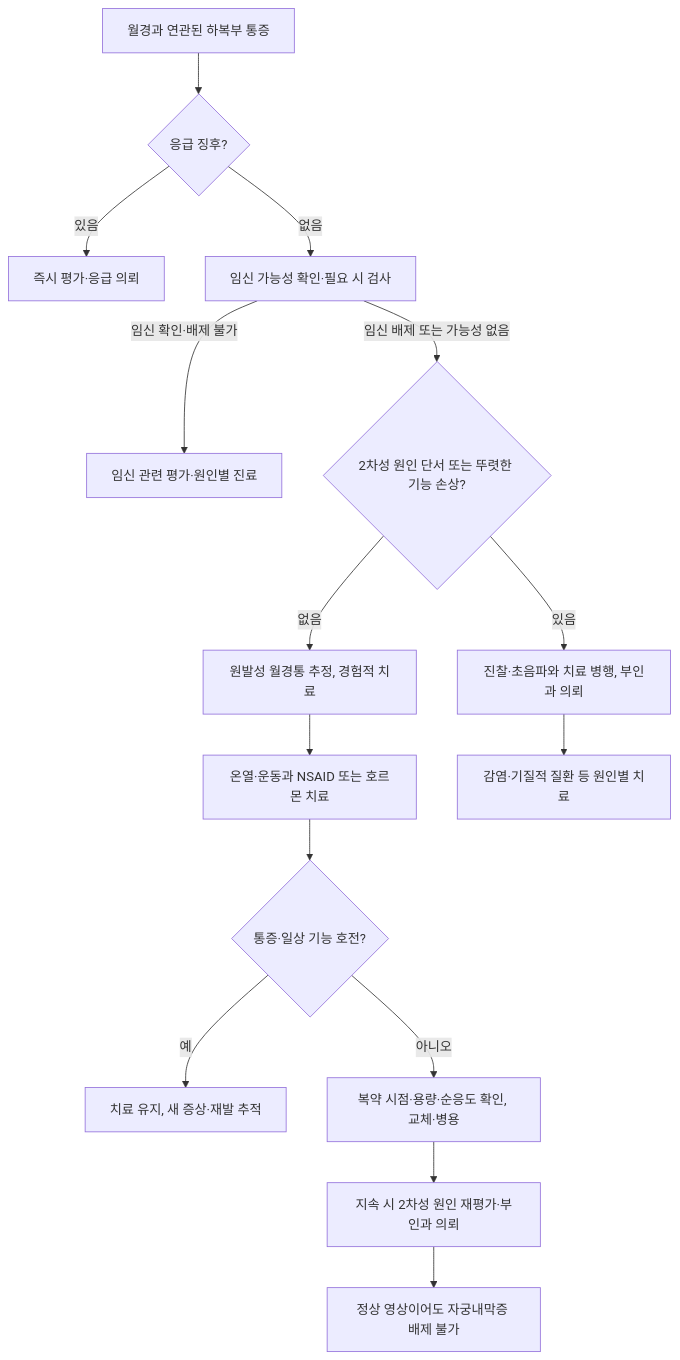
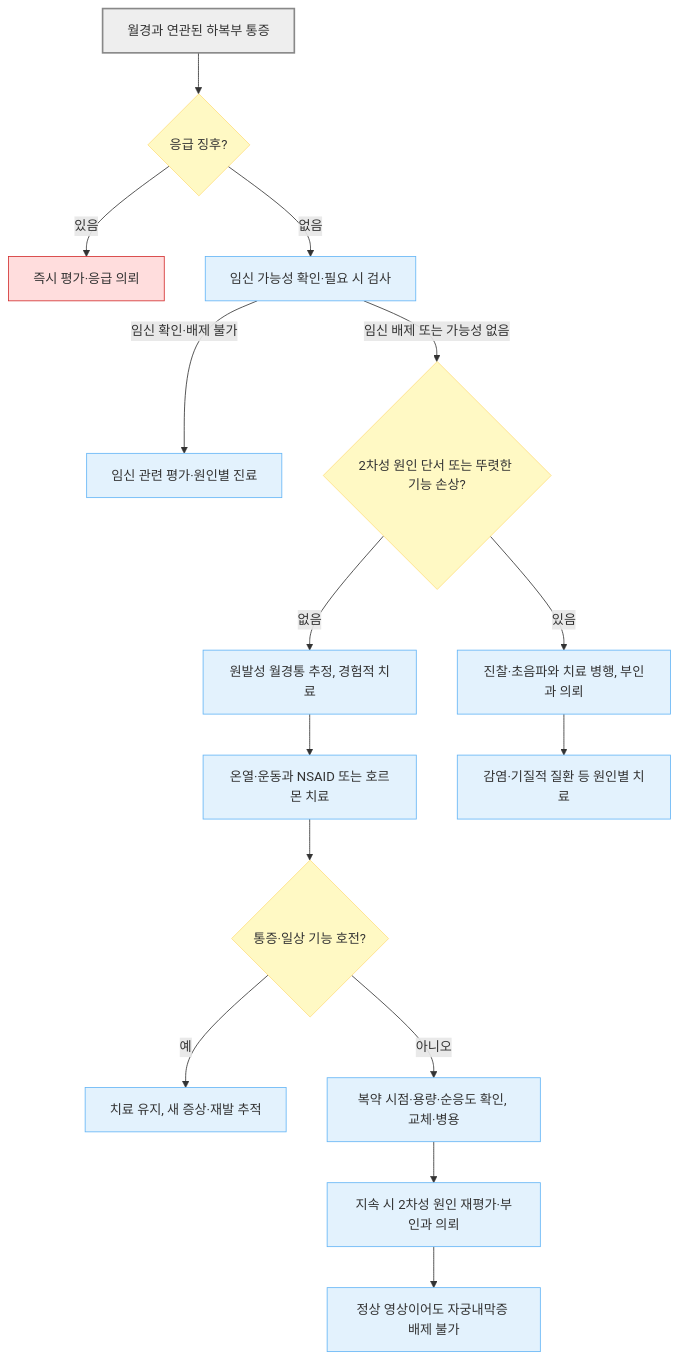
Before and after one commit to familyoh77/familyoh77: the diagram in 227_/128_-dysmenorrhea.md, drawn with Mermaid. The commit also changed other lines of this file and 10 other files, not shown here.

````diff
--- a/227_/128_-dysmenorrhea.md
+++ b/227_/128_-dysmenorrhea.md
@@ -113,17 +113,25 @@
 ```mermaid
 graph TD
     A["월경과 연관된 하복부 통증"] --> B{"응급 징후?"}
-    B -->|있음| C["즉시 평가·응급 의뢰"]
-    B -->|없음| D["임신 가능성 확인·필요 시 검사"]
-    D -->|임신 확인·배제 불가| I["임신 관련 평가·원인별 진료"]
-    D -->|임신 배제 또는 가능성 없음| E{"2차성 원인 단서 또는 뚜렷한 기능 손상?"}
-    E -->|있음| F["진찰·초음파와 치료 병행, 부인과 의뢰"]
-    E -->|없음| G["원발성 월경통 추정, 경험적 치료"]
+    B -- "있음" --> C["즉시 평가·응급 의뢰"]
+    B -- "없음" --> D["임신 가능성 확인·필요 시 검사"]
+    D -- "임신 확인·배제 불가" --> I["임신 관련 평가·원인별 진료"]
+    D -- "임신 배제 또는 가능성 없음" --> E{"2차성 원인 단서 또는 뚜렷한 기능 손상?"}
+    E -- "있음" --> F["진찰·초음파와 치료 병행, 부인과 의뢰"]
+    E -- "없음" --> G["원발성 월경통 추정, 경험적 치료"]
     G --> H["온열·운동과 NSAID 또는 호르몬 치료"]
     F --> O["감염·기질적 질환 등 원인별 치료"]
     H --> J{"통증·일상 기능 호전?"}
-    J -->|예| K["치료 유지, 새 증상·재발 추적"]
-    J -->|아니오| L["복약 시점·용량·순응도 확인, 교체·병용"]
+    J -- "예" --> K["치료 유지, 새 증상·재발 추적"]
+    J -- "아니오" --> L["복약 시점·용량·순응도 확인, 교체·병용"]
     L --> M["지속 시 2차성 원인 재평가·부인과 의뢰"]
     M --> N["정상 영상이어도 자궁내막증 배제 불가"]
+    classDef start fill:#eeeeee,stroke:#888888,stroke-width:2px
+    classDef question fill:#fff9c4,stroke:#ffe082
+    classDef emergency fill:#ffdddd,stroke:#d32f2f
+    classDef care fill:#e3f2fd,stroke:#64b5f6
+    class A start
+    class B,E,J question
+    class C emergency
+    class D,I,F,G,H,O,K,L,M,N care
 ```
````
